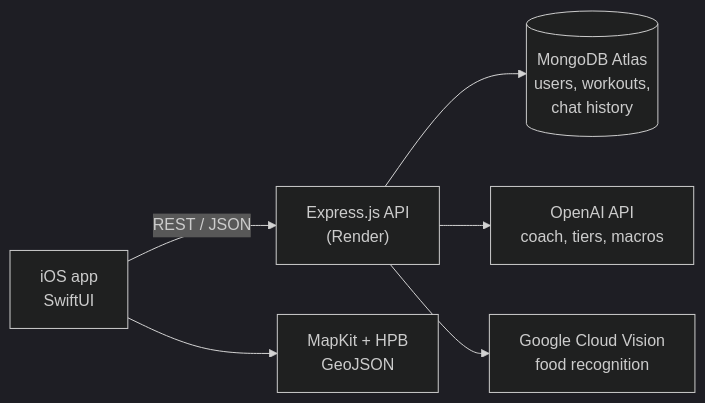
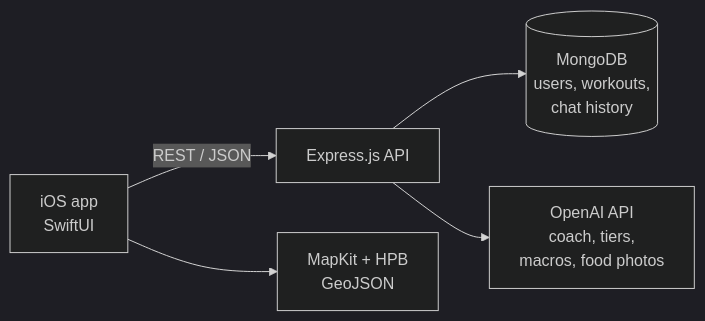
The diagram in README.md (dylantjy/MyG), drawn with Mermaid (dark theme) before and after one commit. The commit also changed other lines of this file and 4 other files, not shown here.

First line of the commit message:
Upload food photos from the app and target the local backend in debug

````diff
--- a/README.md
+++ b/README.md
@@ -64,8 +64,7 @@
 ```mermaid
 flowchart LR
-    A["iOS app<br/>SwiftUI"] -->|REST / JSON| B["Express.js API<br/>(Render)"]
-    B --> C[("MongoDB Atlas<br/>users, workouts,<br/>chat history")]
-    B --> D["OpenAI API<br/>coach, tiers, macros"]
-    B --> E["Google Cloud Vision<br/>food recognition"]
+    A["iOS app<br/>SwiftUI"] -->|REST / JSON| B["Express.js API"]
+    B --> C[("MongoDB<br/>users, workouts,<br/>chat history")]
+    B --> D["OpenAI API<br/>coach, tiers,<br/>macros, food photos"]
     A --> F["MapKit + HPB<br/>GeoJSON"]
 ```
````
